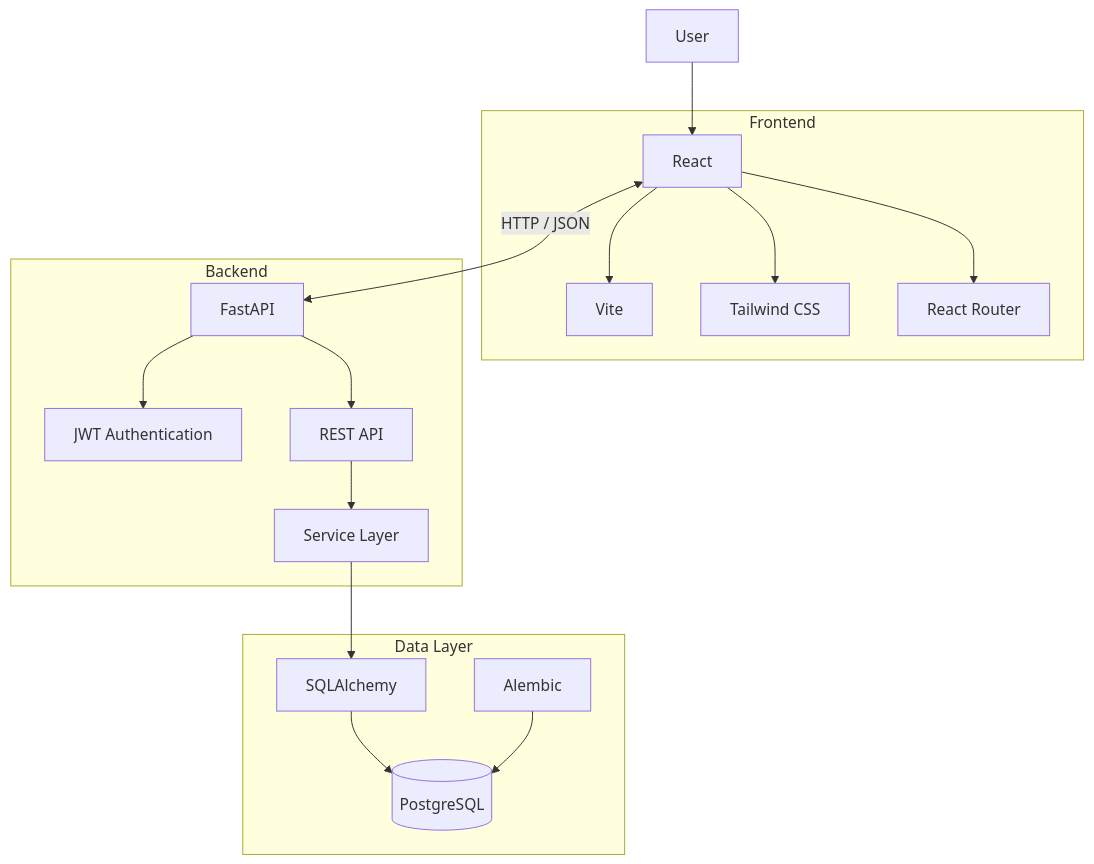
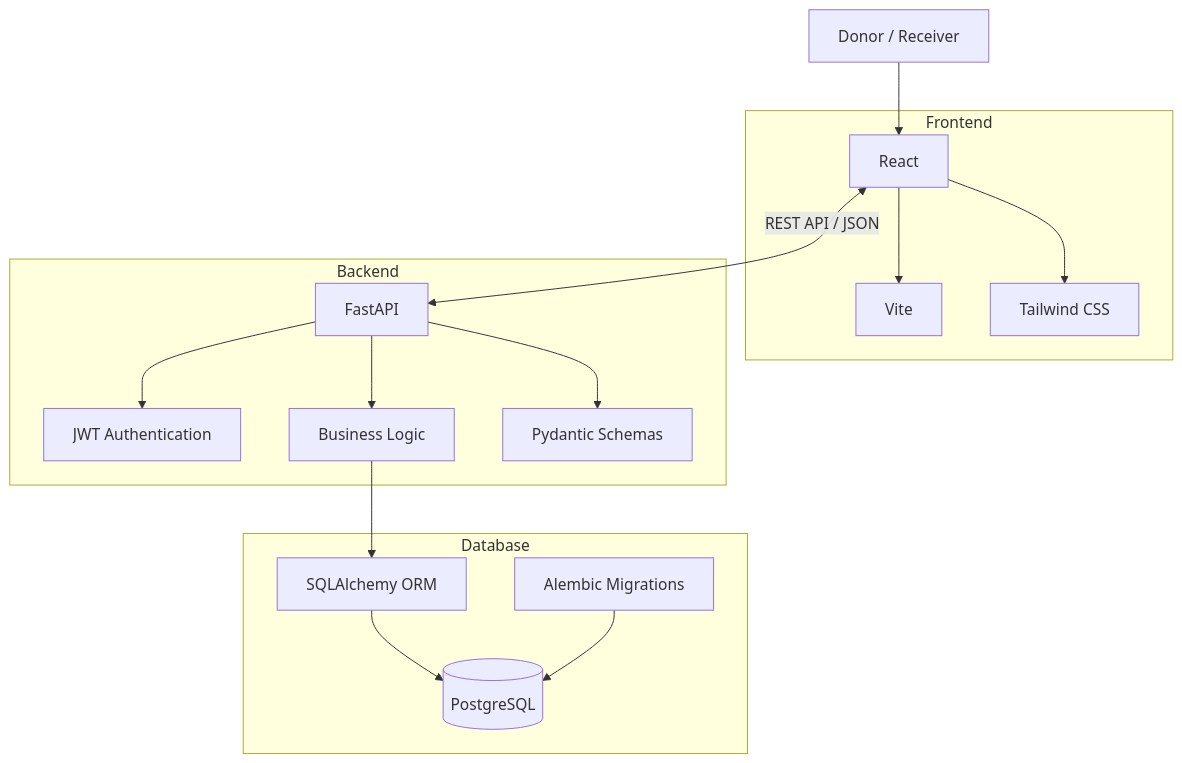
Before and after one commit to sapna71/RePlate: the second of 5 diagrams in README.md, drawn with Mermaid. The commit also changed other lines of this file, not shown here.

````diff
--- a/README.md
+++ b/README.md
@@ -234,40 +154,38 @@
 ```mermaid
 flowchart TB
 
-    U[User]
+    User[Donor / Receiver]
 
     subgraph Frontend
-        R[React]
-        V[Vite]
-        T[Tailwind CSS]
-        RT[React Router]
+        React[React]
+        Vite[Vite]
+        Tailwind[Tailwind CSS]
     end
 
     subgraph Backend
-        F[FastAPI]
-        AUTH[JWT Authentication]
-        API[REST API]
-        S[Service Layer]
+        FastAPI[FastAPI]
+        Auth[JWT Authentication]
+        Services[Business Logic]
+        Schemas[Pydantic Schemas]
     end
 
-    subgraph Data Layer
-        SA[SQLAlchemy]
-        AL[Alembic]
-        DB[(PostgreSQL)]
+    subgraph Database
+        SQLAlchemy[SQLAlchemy ORM]
+        PostgreSQL[(PostgreSQL)]
+        Alembic[Alembic Migrations]
     end
 
-    U --> R
-    R --> V
-    R --> T
-    R --> RT
+    User --> React
+    React --> Vite
+    React --> Tailwind
 
-    R <-->|HTTP / JSON| F
+    React <-->|REST API / JSON| FastAPI
 
-    F --> AUTH
-    F --> API
-    API --> S
-    S --> SA
+    FastAPI --> Auth
+    FastAPI --> Schemas
+    FastAPI --> Services
 
-    SA --> DB
-    AL --> DB
+    Services --> SQLAlchemy
+    SQLAlchemy --> PostgreSQL
+    Alembic --> PostgreSQL
 ```
````
